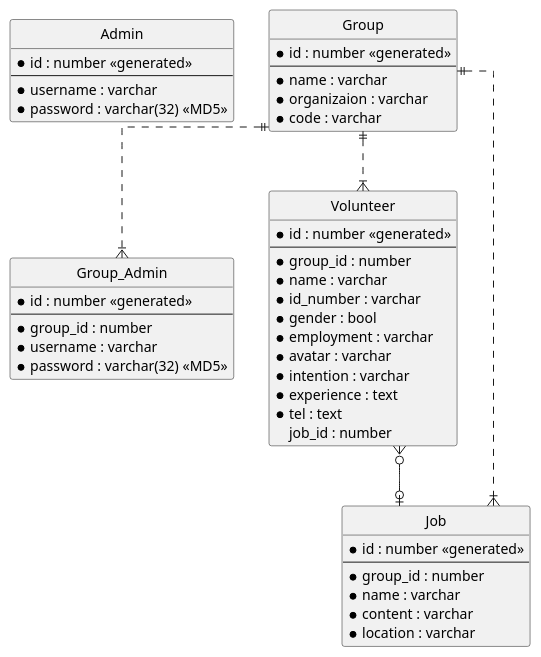
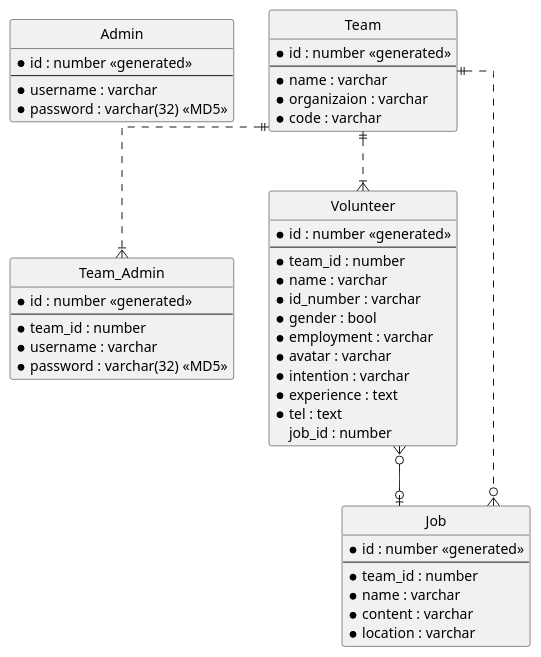
One commit to dump-time/games-admin-server changed the diagram in doc/er.puml. Above: the diagram before and after it, drawn with PlantUML. The commit also changed 1 other file, not shown here.

Commit message:
update er graph and add router package

```diff
--- a/doc/er.puml
+++ b/doc/er.puml
@@ -1,65 +1,65 @@
 @startuml database_er
 ' hide the spot
 hide circle
 
 ' avoid problems with angled crows feet
 skinparam linetype ortho
 
 ' 平台管理员
 entity "Admin" as a1 {
     * id : number <<generated>>
     ---
     * username : varchar
     * password : varchar(32) <<MD5>>
 }
 
 ' 团队管理员
-entity "Group_Admin" as a2  {
+entity "Team_Admin" as a2  {
     * id : number <<generated>>
     ---
-    * group_id : number
+    * team_id : number
     * username : varchar
     * password : varchar(32) <<MD5>>
 }
 
 ' 团队
-entity "Group" as g {
+entity "Team" as t {
     * id : number <<generated>>
     ---
     * name : varchar
     * organizaion : varchar
     * code : varchar
 }
 
 ' 志愿者
 entity "Volunteer" as v {
     * id : number <<generated>>
     ---
-    * group_id : number
+    * team_id : number
     * name : varchar
     * id_number : varchar
     * gender : bool
     * employment : varchar
     * avatar : varchar
     * intention : varchar
     * experience : text
     * tel : text
     job_id : number
 }
 
 ' 岗位
 entity "Job" as j {
     * id : number <<generated>>
     ---
-    * group_id : number
+    * team_id : number
     * name : varchar
     * content : varchar
     * location : varchar
 }
 
-g ||..|{ a2
-g ||..|{ v
-g ||..|{ j
+t ||..|{ a2
+t ||..|{ v
+t ||..o{ j
 v }o--o| j
 '
 @enduml
```
